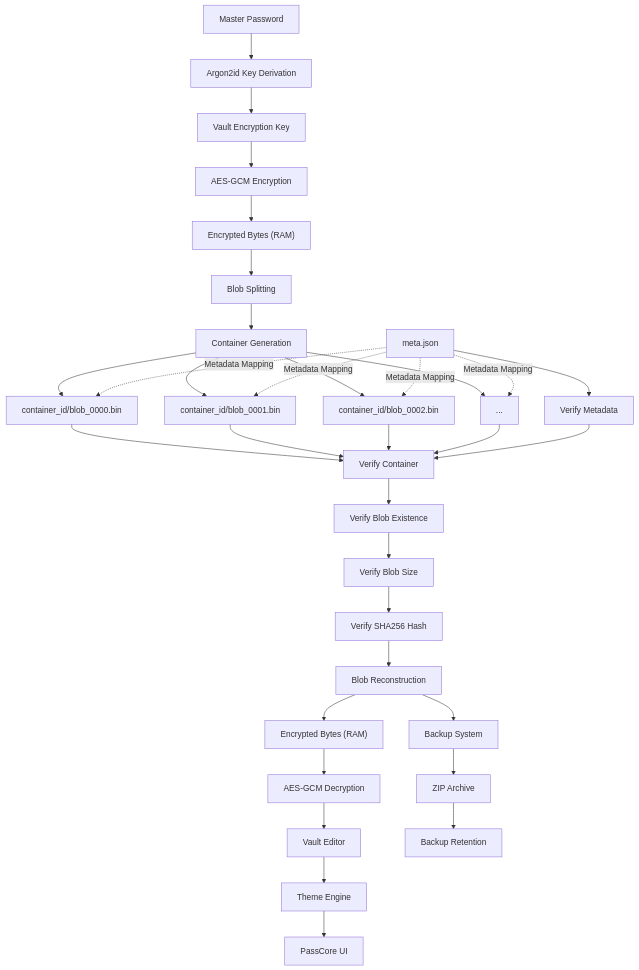
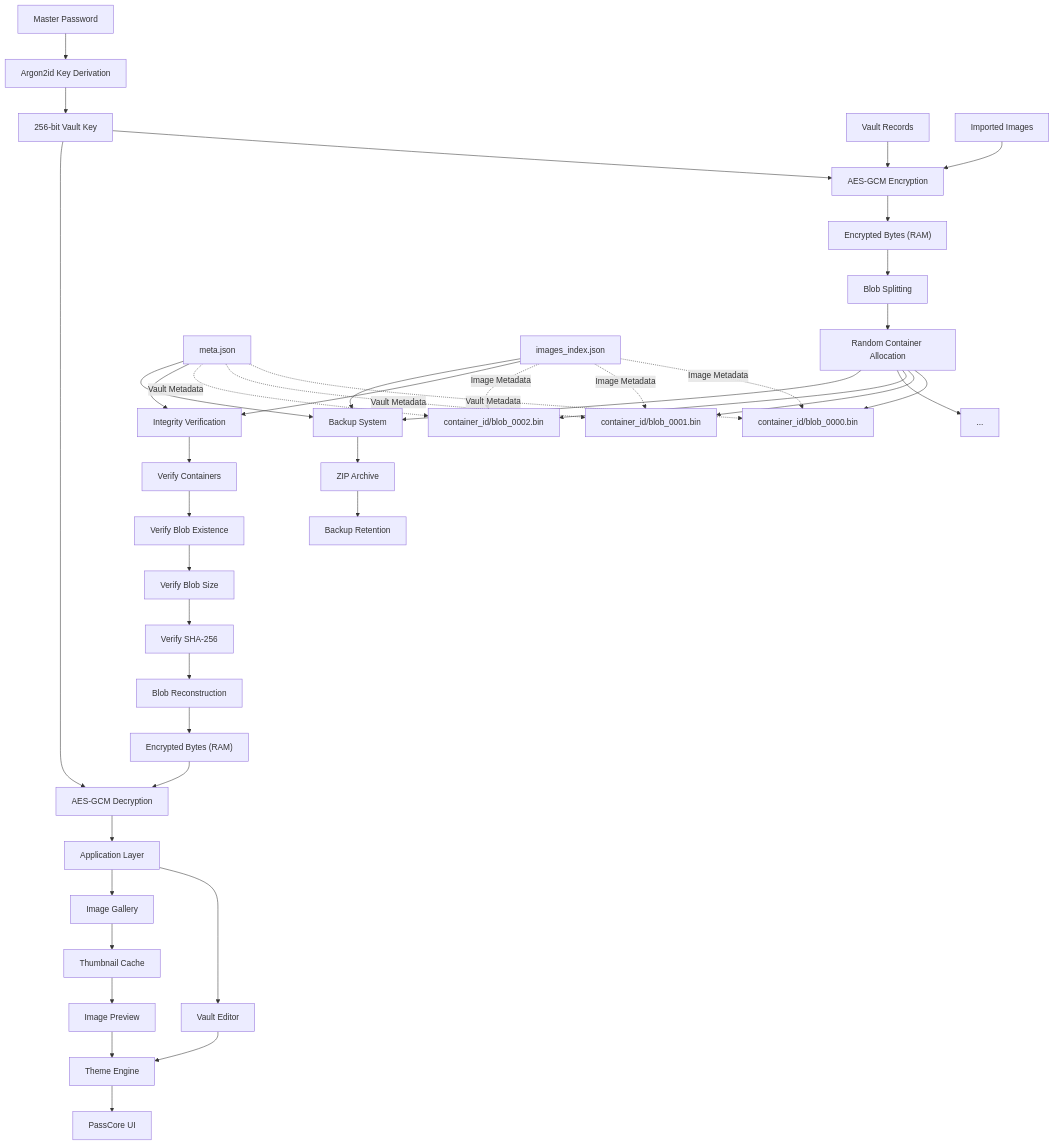
One commit to Money-Ape/PassCore changed the diagram in ARCHITECTURE.md. Above: the diagram before and after it, drawn with Mermaid. The commit also changed other lines of this file and 8 other files, not shown here.

````diff
--- a/ARCHITECTURE.md
+++ b/ARCHITECTURE.md
@@ -4,82 +5,109 @@
 flowchart TD
 
 %% ==========================================================
-%% ENCRYPTION & STORAGE FLOW
+%% AUTHENTICATION & CRYPTOGRAPHY
 %% ==========================================================
 
 MP["Master Password"]
 A["Argon2id Key Derivation"]
-K["Vault Encryption Key"]
-E["AES-GCM Encryption"]
-RAM1["Encrypted Bytes (RAM)"]
-B["Blob Splitting"]
-C["Container Generation"]
+K["256-bit Vault Key"]
 
 MP --> A
 A --> K
-K --> E
-E --> RAM1
-RAM1 --> B
-B --> C
 
 %% ==========================================================
-%% DISTRIBUTED BLOB STORAGE
+%% DATA SOURCES
 %% ==========================================================
 
+VAULT["Vault Records"]
+IMAGE["Imported Images"]
+
+VAULT --> ENC
+IMAGE --> ENC
+
+ENC["AES-GCM Encryption"]
+
+K --> ENC
+
+ENC --> RAM1["Encrypted Bytes (RAM)"]
+
+%% ==========================================================
+%% STORAGE
+%% ==========================================================
+
+RAM1 --> SPLIT["Blob Splitting"]
+SPLIT --> CTN["Random Container Allocation"]
+
+CTN --> B1["container_id/blob_0000.bin"]
+CTN --> B2["container_id/blob_0001.bin"]
+CTN --> B3["container_id/blob_0002.bin"]
+CTN --> B4["..."]
+
 META["meta.json"]
+IMETA["images_index.json"]
 
-C --> D1["container_id/blob_0000.bin"]
-C --> D2["container_id/blob_0001.bin"]
-C --> D3["container_id/blob_0002.bin"]
-C --> D4["..."]
+META -. Vault Metadata .-> B1
+META -. Vault Metadata .-> B2
+META -. Vault Metadata .-> B3
 
-META -. Metadata Mapping .-> D1
-META -. Metadata Mapping .-> D2
-META -. Metadata Mapping .-> D3
-META -. Metadata Mapping .-> D4
+IMETA -. Image Metadata .-> B1
+IMETA -. Image Metadata .-> B2
+IMETA -. Image Metadata .-> B3
 
 %% ==========================================================
 %% INTEGRITY VERIFICATION
 %% ==========================================================
 
-VM["Verify Metadata"]
-VC["Verify Container"]
-VE["Verify Blob Existence"]
-VS["Verify Blob Size"]
-VH["Verify SHA256 Hash"]
+VERIFY["Integrity Verification"]
 
-META --> VM
+META --> VERIFY
+IMETA --> VERIFY
 
-D1 --> VC
-D2 --> VC
-D3 --> VC
-D4 --> VC
-
-VM --> VC
-VC --> VE
-VE --> VS
-VS --> VH
+VERIFY --> VC["Verify Containers"]
+VC --> VE["Verify Blob Existence"]
+VE --> VS["Verify Blob Size"]
+VS --> VH["Verify SHA-256"]
 
 %% ==========================================================
 %% RECONSTRUCTION
 %% ==========================================================
 
-BR["Blob Reconstruction"]
-RAM2["Encrypted Bytes (RAM)"]
-DEC["AES-GCM Decryption"]
-EDITOR["Vault Editor"]
+VH --> MERGE["Blob Reconstruction"]
 
-VH --> BR
-BR --> RAM2
-RAM2 --> DEC
-DEC --> EDITOR
+MERGE --> RAM2["Encrypted Bytes (RAM)"]
+
+RAM2 --> DEC["AES-GCM Decryption"]
+
+K --> DEC
 
 %% ==========================================================
-%% UI LAYER
+%% APPLICATION LAYER
+%% ==========================================================
+
+DEC --> APP
+
+APP["Application Layer"]
+
+APP --> EDITOR["Vault Editor"]
+APP --> GALLERY["Image Gallery"]
+
+%% ==========================================================
+%% IMAGE CACHE
+%% ==========================================================
+
+GALLERY --> CACHE["Thumbnail Cache"]
+
+CACHE --> PREVIEW["Image Preview"]
+
+%% ==========================================================
+%% USER INTERFACE
 %% ==========================================================
 
 EDITOR --> THEME
+PREVIEW --> THEME
+
 THEME["Theme Engine"]
+
 THEME --> UI["PassCore UI"]
 
 %% ==========================================================
@@ -88,7 +116,11 @@
 
 BACKUP["Backup System"]
 
-BR --> BACKUP
+META --> BACKUP
+IMETA --> BACKUP
+CTN --> BACKUP
+
 BACKUP --> ZIP["ZIP Archive"]
+
 ZIP --> RETENTION["Backup Retention"]
 ```
````
